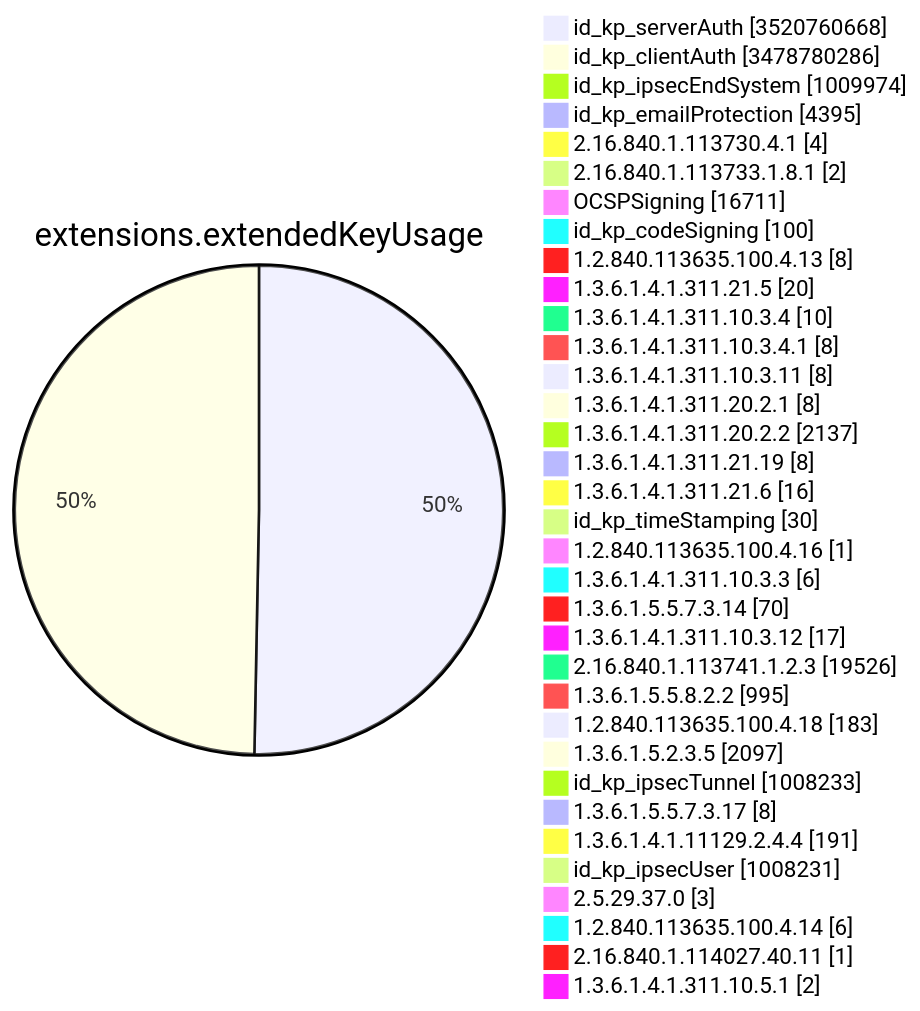
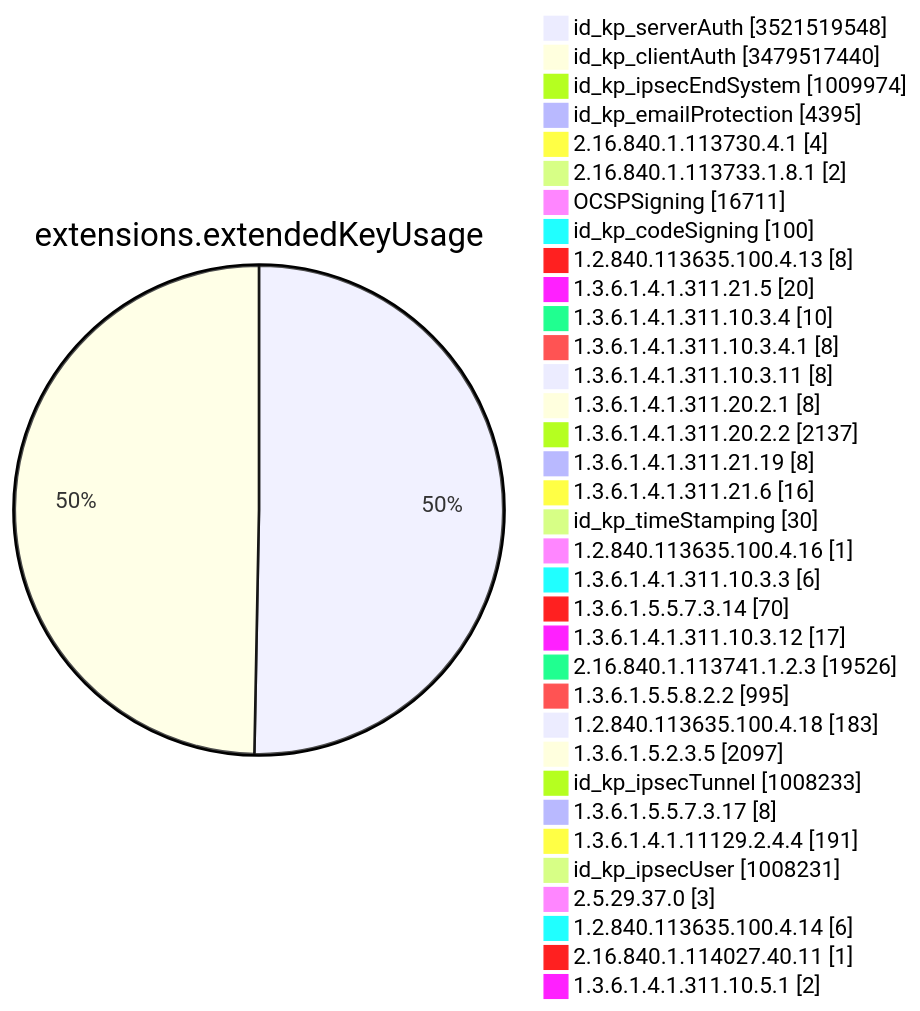
Before and after one commit to christiankrug/ctmonitor_visualization: diagram 11 of 15 in TOTAL/README.md, drawn with Mermaid. The commit also changed other lines of this file, not shown here.

````diff
--- a/TOTAL/README.md
+++ b/TOTAL/README.md
@@ -4126,38 +4126,38 @@
 ```mermaid
 pie showData
 title extensions.extendedKeyUsage
-"id_kp_serverAuth" :3520760668
-"id_kp_clientAuth" :3478780286
+"id_kp_serverAuth" :3521519548
+"id_kp_clientAuth" :3479517440
 "id_kp_ipsecEndSystem" :1009974
 "id_kp_emailProtection" :4395
 "2.16.840.1.113730.4.1" :4
 "2.16.840.1.113733.1.8.1" :2
 "OCSPSigning" :16711
 "id_kp_codeSigning" :100
 "1.2.840.113635.100.4.13" :8
 "1.3.6.1.4.1.311.21.5" :20
 "1.3.6.1.4.1.311.10.3.4" :10
 "1.3.6.1.4.1.311.10.3.4.1" :8
 "1.3.6.1.4.1.311.10.3.11" :8
 "1.3.6.1.4.1.311.20.2.1" :8
 "1.3.6.1.4.1.311.20.2.2" :2137
 "1.3.6.1.4.1.311.21.19" :8
 "1.3.6.1.4.1.311.21.6" :16
 "id_kp_timeStamping" :30
 "1.2.840.113635.100.4.16" :1
 "1.3.6.1.4.1.311.10.3.3" :6
 "1.3.6.1.5.5.7.3.14" :70
 "1.3.6.1.4.1.311.10.3.12" :17
 "2.16.840.1.113741.1.2.3" :19526
 "1.3.6.1.5.5.8.2.2" :995
 "1.2.840.113635.100.4.18" :183
 "1.3.6.1.5.2.3.5" :2097
 "id_kp_ipsecTunnel" :1008233
 "1.3.6.1.5.5.7.3.17" :8
 "1.3.6.1.4.1.11129.2.4.4" :191
 "id_kp_ipsecUser" :1008231
 "2.5.29.37.0" :3
 "1.2.840.113635.100.4.14" :6
 "2.16.840.1.114027.40.11" :1
 "1.3.6.1.4.1.311.10.5.1" :2
 ```
````
